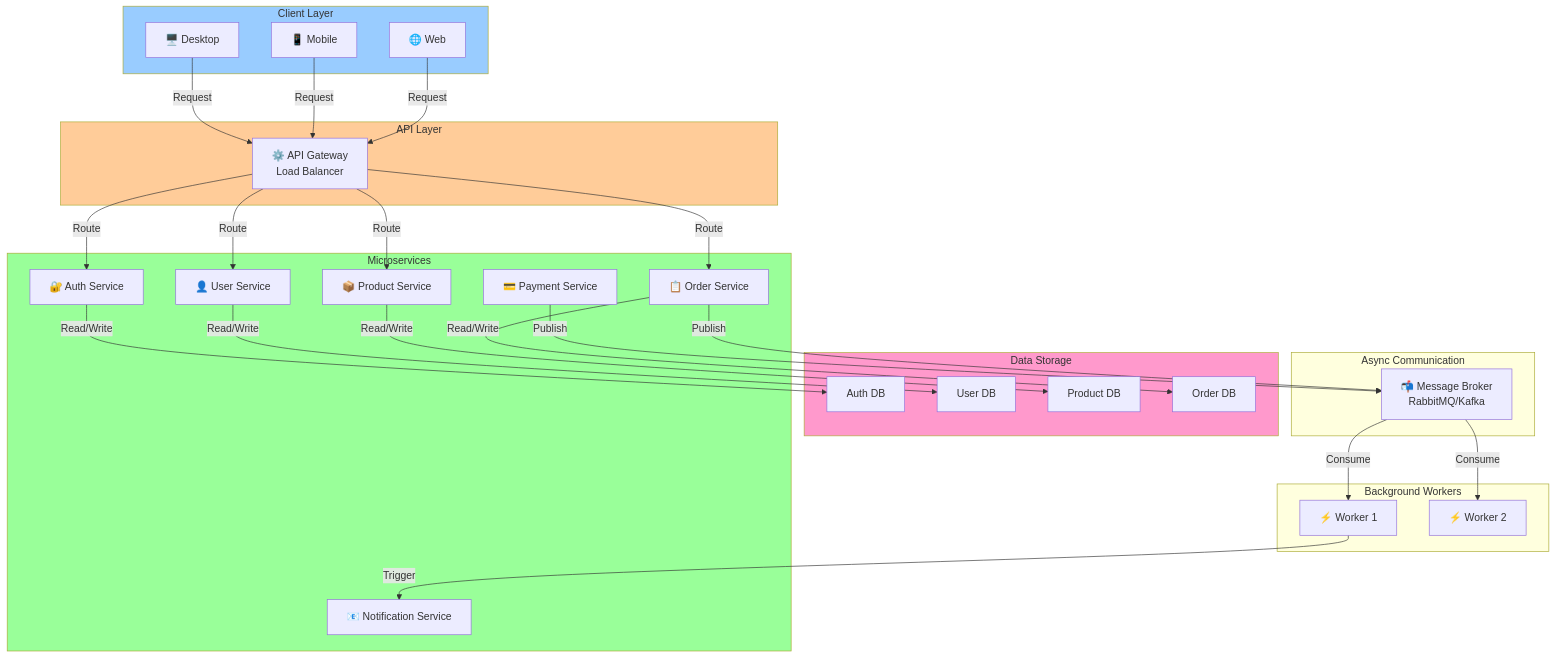
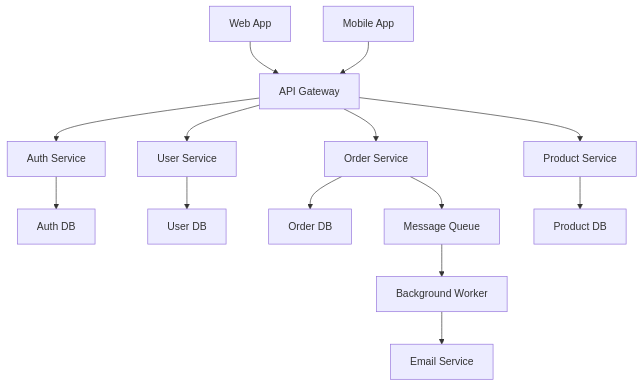
Before and after one commit to quesiblaq442-del/architecture-diagram: the second of 17 diagrams in ARCHITECTURE.md, drawn with Mermaid. The commit also changed other lines of this file, not shown here.

Commit message:
Add security, observability, disaster recovery, CI/CD, data flow, and cloud deployment coverage

````diff
--- a/ARCHITECTURE.md
+++ b/ARCHITECTURE.md
@@ -45,63 +43,18 @@
 ```mermaid
 graph TB
-    subgraph Client["Client Layer"]
-        Web["🌐 Web"]
-        Mobile["📱 Mobile"]
-        Desktop["🖥️ Desktop"]
-    end
+    Web["Web App"] --> Gateway["API Gateway"]
+    Mobile["Mobile App"] --> Gateway
+    Gateway --> Auth["Auth Service"]
+    Gateway --> User["User Service"]
+    Gateway --> Order["Order Service"]
+    Gateway --> Product["Product Service"]
 
-    subgraph Gateway["API Layer"]
-        APIGateway["⚙️ API Gateway<br/>Load Balancer"]
-    end
+    Auth --> AuthDB["Auth DB"]
+    User --> UserDB["User DB"]
+    Order --> OrderDB["Order DB"]
+    Product --> ProductDB["Product DB"]
 
-    subgraph Services["Microservices"]
-        AuthSvc["🔐 Auth Service"]
-        UserSvc["👤 User Service"]
-        ProductSvc["📦 Product Service"]
-        OrderSvc["📋 Order Service"]
-        PaymentSvc["💳 Payment Service"]
-        NotifSvc["📧 Notification Service"]
-    end
-
-    subgraph Data["Data Storage"]
-        AuthDB["Auth DB"]
-        UserDB["User DB"]
-        ProductDB["Product DB"]
-        OrderDB["Order DB"]
-    end
-
-    subgraph MessageQueue["Async Communication"]
-        MQ["📬 Message Broker<br/>RabbitMQ/Kafka"]
-    end
-
-    subgraph Workers["Background Workers"]
-        Worker1["⚡ Worker 1"]
-        Worker2["⚡ Worker 2"]
-    end
-
-    Web -->|Request| APIGateway
-    Mobile -->|Request| APIGateway
-    Desktop -->|Request| APIGateway
-    
-    APIGateway -->|Route| AuthSvc
-    APIGateway -->|Route| UserSvc
-    APIGateway -->|Route| ProductSvc
-    APIGateway -->|Route| OrderSvc
-    
-    AuthSvc -->|Read/Write| AuthDB
-    UserSvc -->|Read/Write| UserDB
-    ProductSvc -->|Read/Write| ProductDB
-    OrderSvc -->|Read/Write| OrderDB
-    
-    OrderSvc -->|Publish| MQ
-    PaymentSvc -->|Publish| MQ
-    
-    MQ -->|Consume| Worker1
-    MQ -->|Consume| Worker2
-    Worker1 -->|Trigger| NotifSvc
-    
-    style Services fill:#99ff99
-    style Client fill:#99ccff
-    style Gateway fill:#ffcc99
-    style Data fill:#ff99cc
+    Order --> MQ["Message Queue"]
+    MQ --> Worker["Background Worker"]
+    Worker --> Email["Email Service"]
 ```
````
